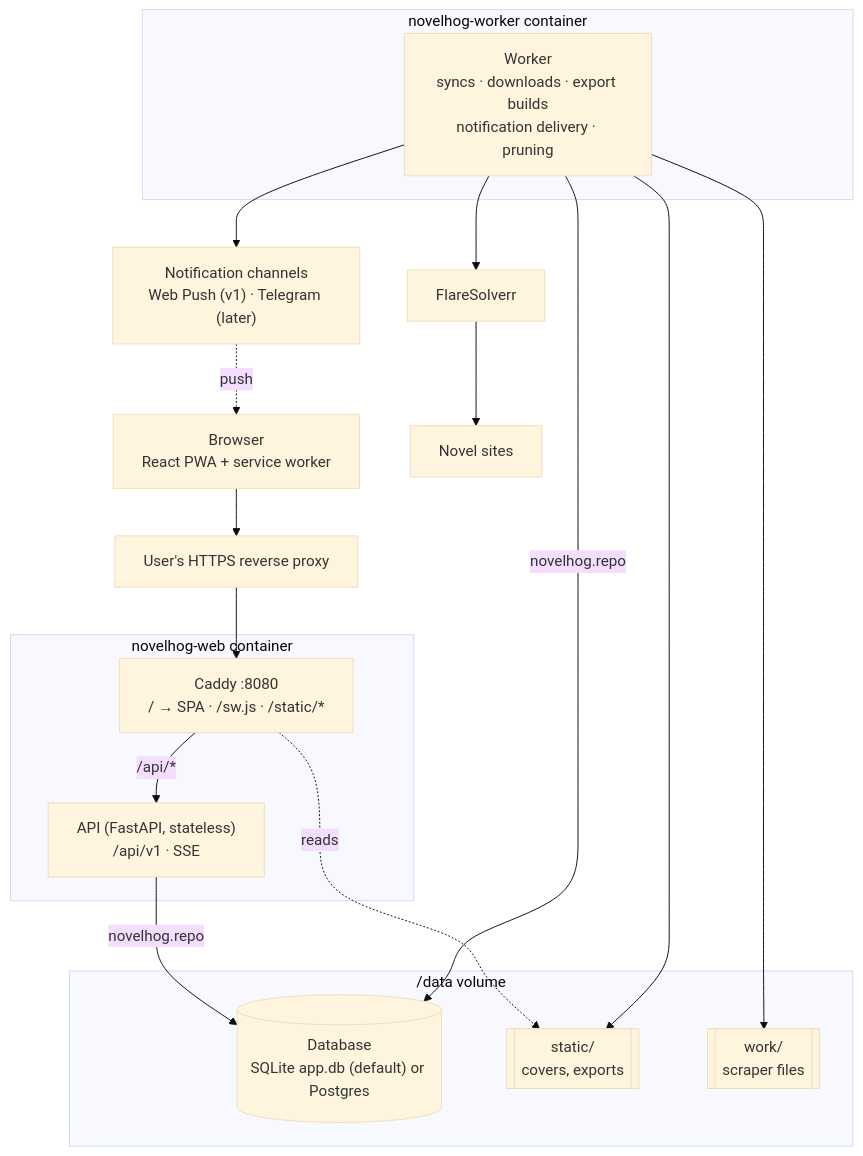
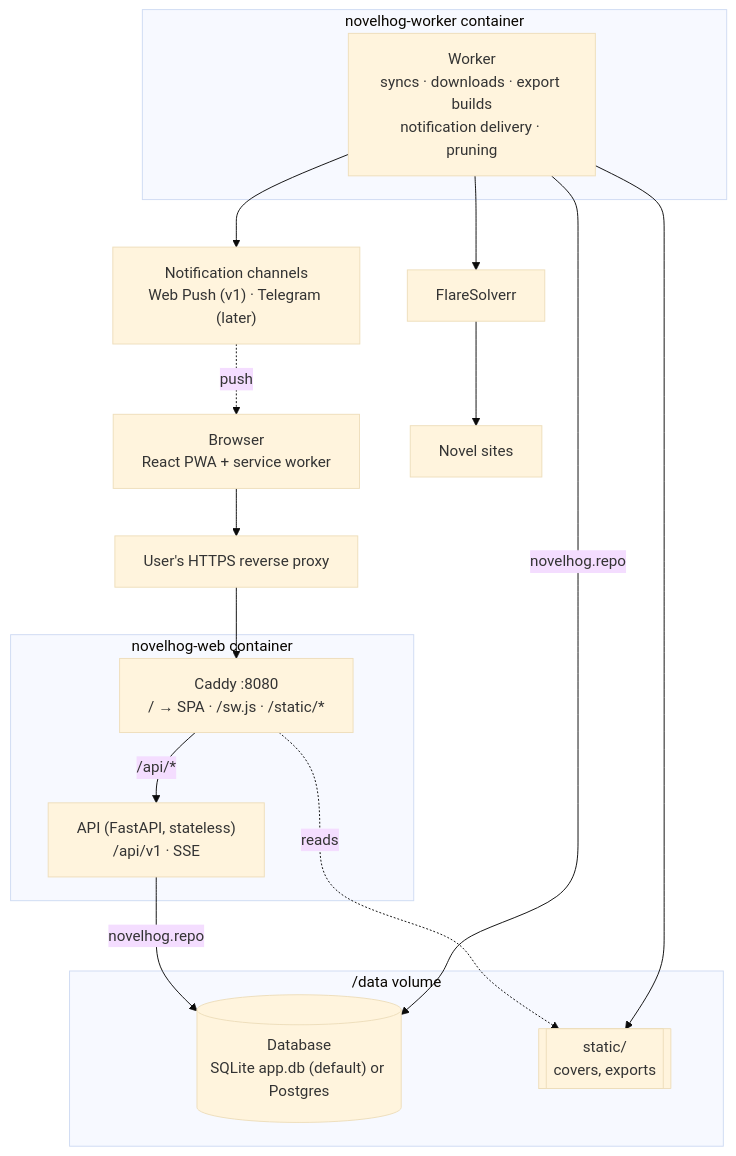
The first of 4 diagrams in docs/superpowers/specs/2026-10-18-novelhog-design.md (t3hk0d3/novelhog), drawn with Mermaid (base theme) before and after one commit. The commit also changed other lines of this file and 1 other file, not shown here.

First line of the commit message:
docs: use the scraper as a stateless library; drop scraper working files

````diff
--- a/docs/superpowers/specs/2026-10-18-novelhog-design.md
+++ b/docs/superpowers/specs/2026-10-18-novelhog-design.md
@@ -53,35 +53,33 @@
 ```mermaid
 flowchart TB
     browser["Browser<br/>React PWA + service worker"]
     proxy["User's HTTPS reverse proxy"]
 
     subgraph web["novelhog-web container"]
         caddy["Caddy :8080<br/>/ → SPA · /sw.js · /static/*"]
         api["API (FastAPI, stateless)<br/>/api/v1 · SSE"]
     end
 
     subgraph data["/data volume"]
         db[("Database<br/>SQLite app.db (default) or Postgres")]
         static[["static/<br/>covers, exports"]]
-        work[["work/<br/>scraper files"]]
     end
 
     subgraph wk["novelhog-worker container"]
         worker["Worker<br/>syncs · downloads · export builds<br/>notification delivery · pruning"]
     end
 
     flaresolverr["FlareSolverr"]
     sites["Novel sites"]
     channels["Notification channels<br/>Web Push (v1) · Telegram (later)"]
 
     browser --> proxy --> caddy
     caddy -- "/api/*" --> api
     caddy -. "reads" .-> static
     api -- "novelhog.repo" --> db
     worker -- "novelhog.repo" --> db
     worker --> static
-    worker --> work
     worker --> flaresolverr --> sites
     worker --> channels
     channels -. "push" .-> browser
 ```
````
